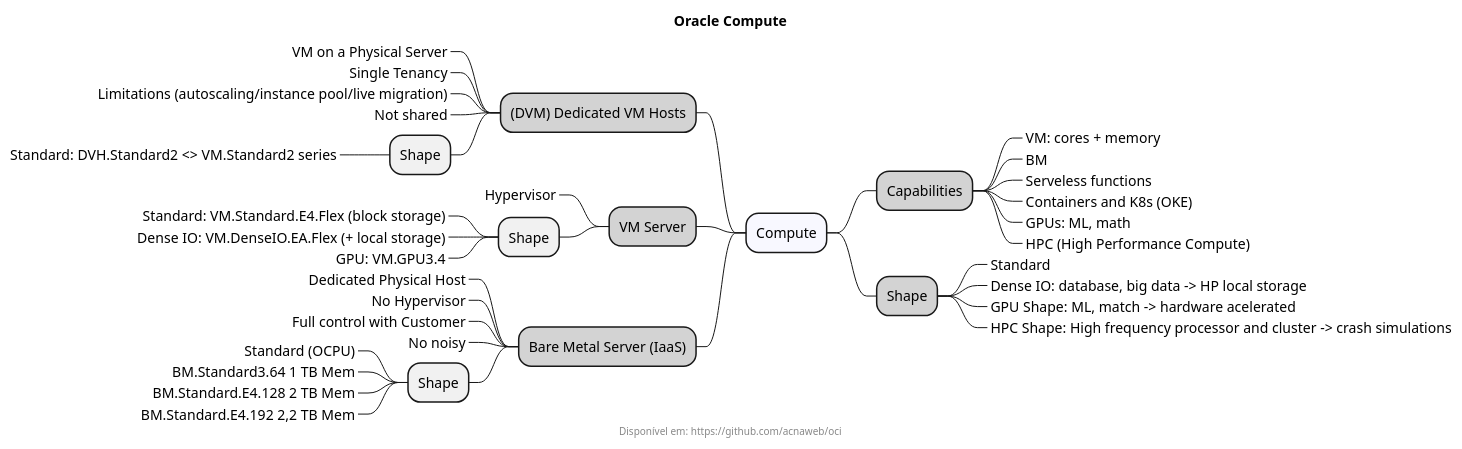
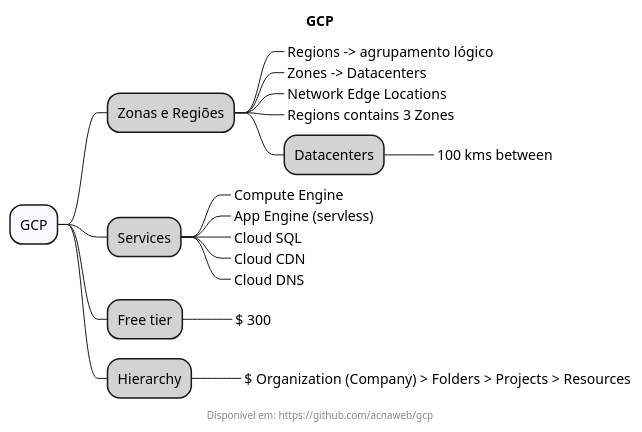
One commit to acnaweb/gcp changed the diagram in docs/compute/compute.wsd. Above: the diagram before and after it, drawn with PlantUML. The commit also changed 1 other file, not shown here.

```diff
--- a/docs/compute/compute.wsd
+++ b/docs/compute/compute.wsd
@@ -1,61 +1,31 @@
 @startmindmap
 
-title "Oracle Compute"
-footer Disponível em: https://github.com/acnaweb/oci
+title "GCP"
+footer Disponível em: https://github.com/acnaweb/gcp
 
-*[#F8F8FF]  Compute
+*[#F8F8FF]  GCP
 
-**[#LightGray] Capabilities
+**[#LightGray] Zonas e Regiões
+***_ Regions -> agrupamento lógico
+***_ Zones -> Datacenters
+***_ Network Edge Locations
+***_ Regions contains 3 Zones 
+***[#LightGray] Datacenters
+****_ 100 kms between 
 
-***_ VM: cores + memory
-***_ BM
-***_ Serveless functions
-***_ Containers and K8s (OKE)
-***_ GPUs: ML, math
-***_ HPC (High Performance Compute)
+**[#LightGray] Services
+***_ Compute Engine
+***_ App Engine (servless)
+***_ Cloud SQL
+***_ Cloud CDN
+***_ Cloud DNS
 
-**[#LightGray] Shape
+**[#LightGray] Free tier
+***_ $ 300
 
-***_ Standard
-***_ Dense IO: database, big data -> HP local storage
-***_ GPU Shape: ML, match -> hardware acelerated
-***_ HPC Shape: High frequency processor and cluster -> crash simulations
-
-left side
-
-**[#LightGray] (DVM) Dedicated VM Hosts
-
-***_ VM on a Physical Server
-***_ Single Tenancy
-***_ Limitations (autoscaling/instance pool/live migration)
-***_ Not shared
-
-*** Shape
-****_ Standard: DVH.Standard2 <> VM.Standard2 series
-
-
-**[#LightGray] VM Server
-
-***_ Hypervisor
-
-*** Shape
-****_ Standard: VM.Standard.E4.Flex (block storage)
-****_ Dense IO: VM.DenseIO.EA.Flex (+ local storage)
-****_ GPU: VM.GPU3.4
-
-**[#LightGray] Bare Metal Server (IaaS)
-
-***_ Dedicated Physical Host
-***_ No Hypervisor
-***_ Full control with Customer
-***_ No noisy
-
-*** Shape
-****_  Standard (OCPU)
-****_ BM.Standard3.64 1 TB Mem
-****_ BM.Standard.E4.128 2 TB Mem
-****_ BM.Standard.E4.192 2,2 TB Mem
+**[#LightGray] Hierarchy
+***_ $ Organization (Company) > Folders > Projects > Resources
 
 
 
 @endmindmap
```
